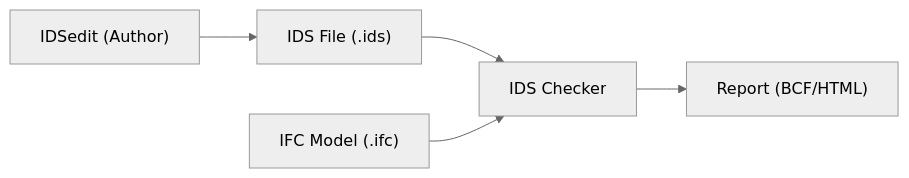
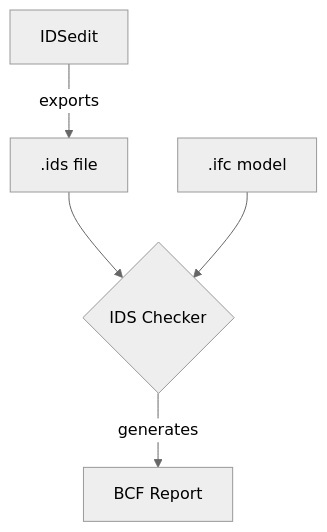
One commit to louistrue/ids-flow changed the diagram in ids-docs/developer-guide.md. Above: the diagram before and after it, drawn with Mermaid (neutral theme).

Commit message:
Fix Mermaid diagram - use TD layout with shorter labels

````diff
--- a/ids-docs/developer-guide.md
+++ b/ids-docs/developer-guide.md
@@ -174,7 +174,7 @@
 ```mermaid
-flowchart LR
-    A["IDSedit (Author)"] --> B["IDS File (.ids)"]
-    B --> C["IDS Checker"]
-    D["IFC Model (.ifc)"] --> C
-    C --> E["Report (BCF/HTML)"]
+flowchart TD
+    A[IDSedit] -->|exports| B[.ids file]
+    B --> C{IDS Checker}
+    D[.ifc model] --> C
+    C -->|generates| E[BCF Report]
 ```
````
